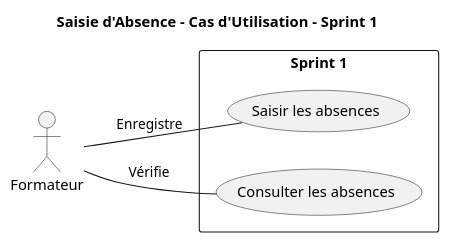
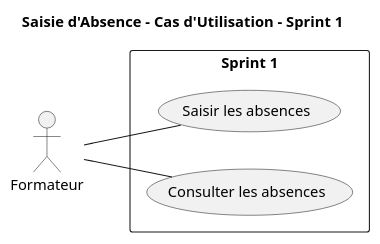
Before and after one commit to DevZakariaAz/19.Ui_Ux_Session: the diagram in Branche_fonctionnelle/Use_Cases/UseCases_Sprint_1.plantuml, drawn with PlantUML. The commit also changed 5 other files, not shown here.

Commit message:
Update Use case and diagramme des classes

```diff
--- a/Branche_fonctionnelle/Use_Cases/UseCases_Sprint_1.plantuml
+++ b/Branche_fonctionnelle/Use_Cases/UseCases_Sprint_1.plantuml
@@ -1,15 +1,15 @@
 @startuml
 title Saisie d'Absence - Cas d'Utilisation - Sprint 1
 left to right direction
 
 actor Formateur as U
 
 rectangle "Sprint 1" {
     usecase UC1 as "Saisir les absences"
     usecase UC2 as "Consulter les absences"
 }
 
-U -- UC1 : "Enregistre"
-U -- UC2 : "Vérifie"
+U -- UC1 
+U -- UC2 
 
 @enduml
```
